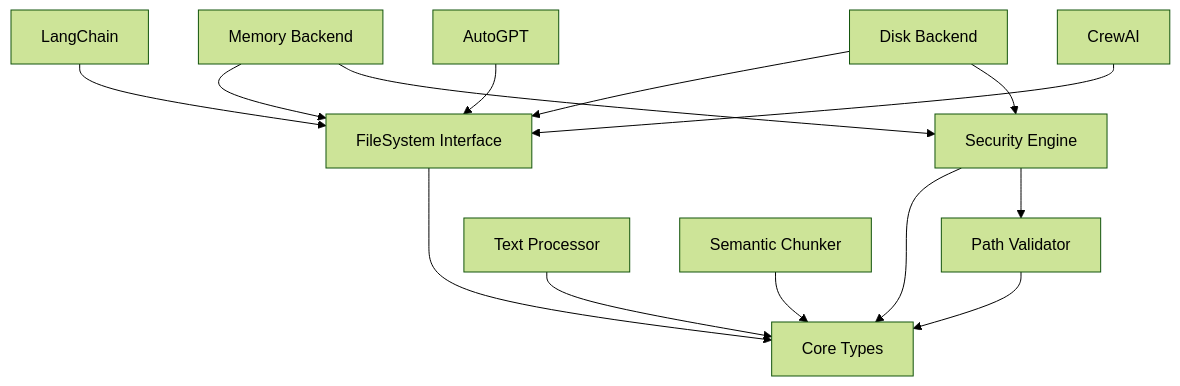
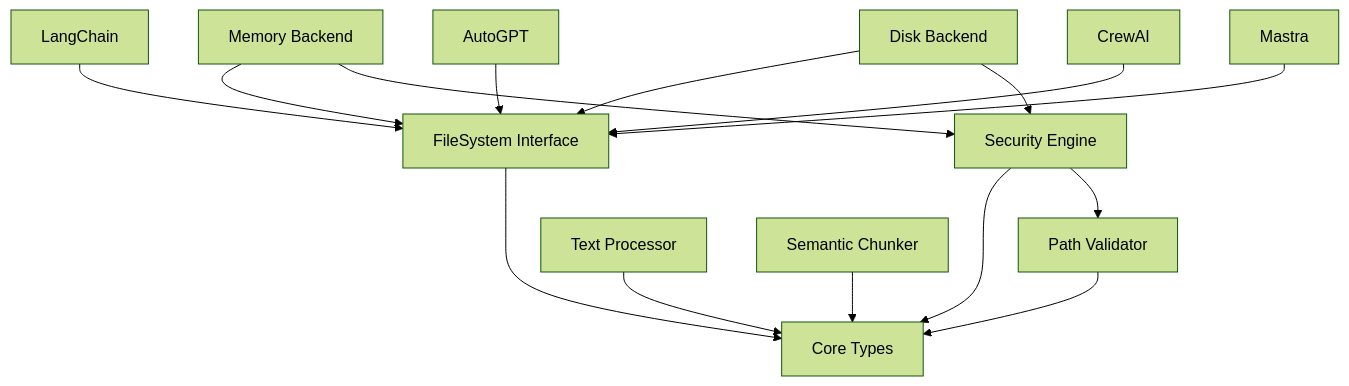
One commit to sorcerai/PackFS changed the fourth of 4 diagrams in context-network/architecture/component_map.md. Above: the diagram before and after it, drawn with Mermaid (forest theme). The commit also changed other lines of this file and 15 other files, not shown here.

````diff
--- a/context-network/architecture/component_map.md
+++ b/context-network/architecture/component_map.md
@@ -267,31 +306,32 @@
 ```mermaid
 flowchart TD
     %% Core dependencies
     Types[Core Types]
     FSInterface[FileSystem Interface]
     Security[Security Engine]
     PathVal[Path Validator]
     
     %% Type dependencies
     FSInterface --> Types
     Security --> Types
     PathVal --> Types
     
     %% Backends depend on interface
     Memory[Memory Backend] --> FSInterface
     Disk[Disk Backend] --> FSInterface
     
     %% Security dependencies
     Memory --> Security
     Disk --> Security
     Security --> PathVal
     
     %% Processors
     TextProc[Text Processor] --> Types
     Chunker[Semantic Chunker] --> Types
     
     %% Integrations depend on core
     LangChain[LangChain] --> FSInterface
     AutoGPT[AutoGPT] --> FSInterface
     CrewAI[CrewAI] --> FSInterface
+    Mastra[Mastra] --> FSInterface
 ```
````
